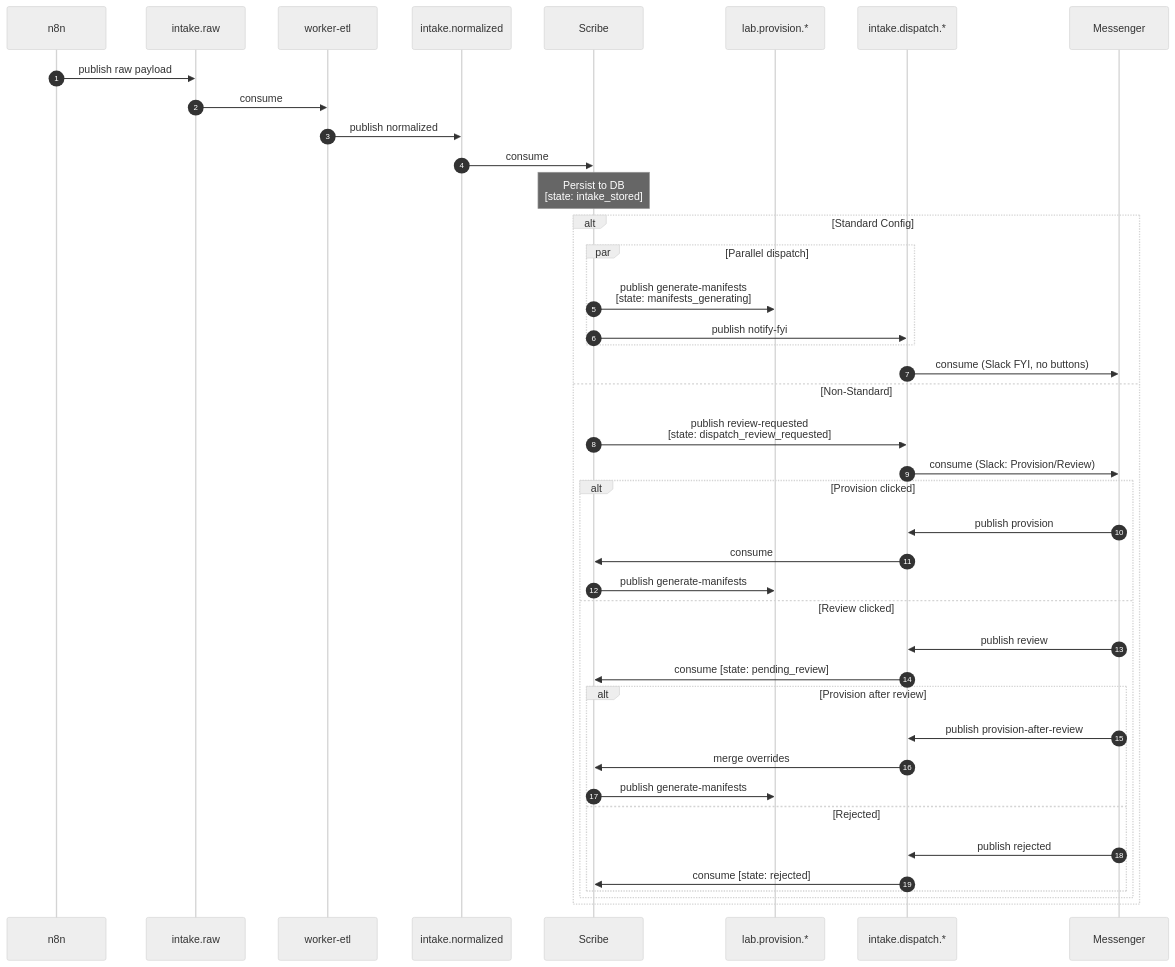
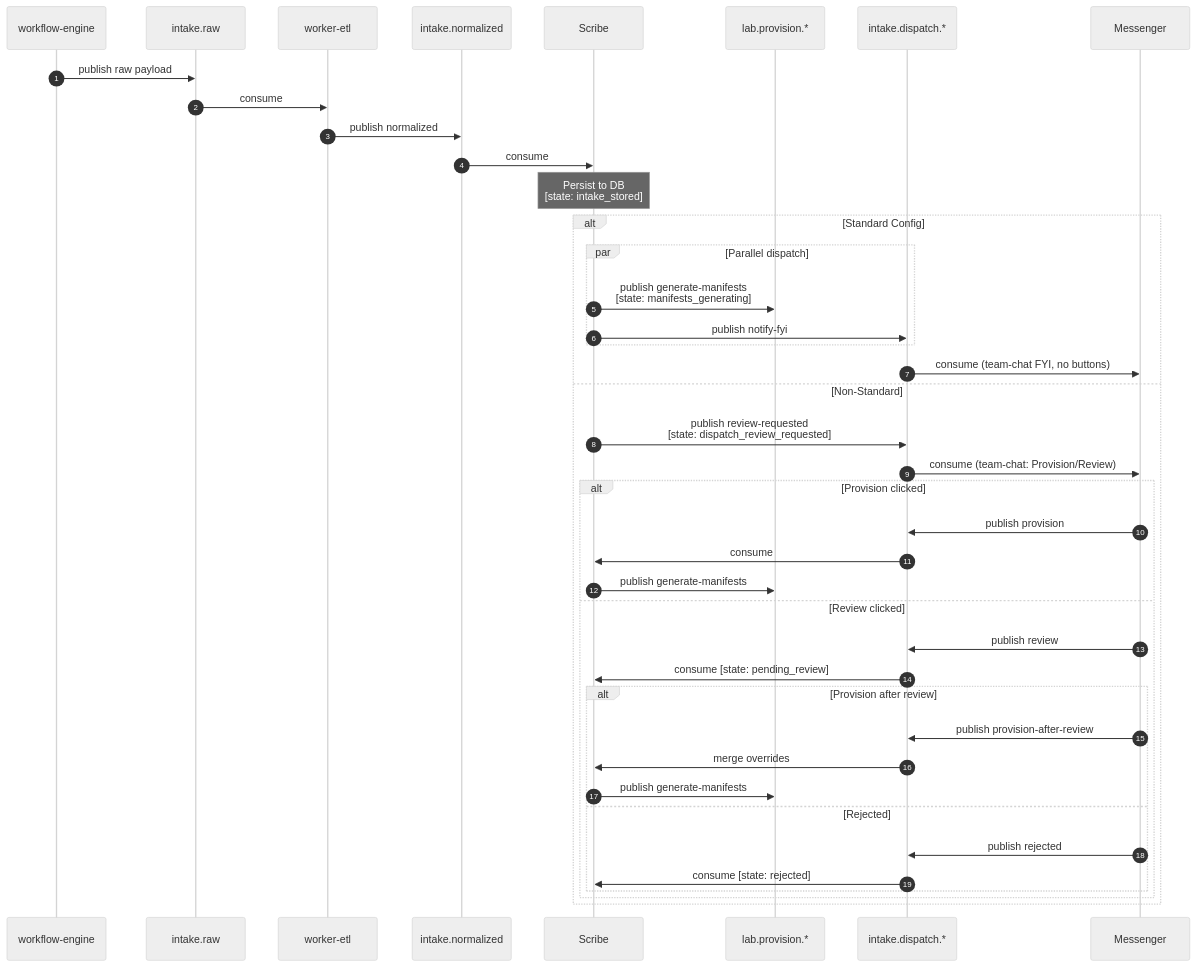
Before and after one commit to redhat-openshift-partner-labs/queue: the third of 7 diagrams in REFERENCE.md, drawn with Mermaid (neutral theme). The commit also changed other lines of this file and 1 other file, not shown here.

````diff
--- a/REFERENCE.md
+++ b/REFERENCE.md
@@ -1468,45 +1468,45 @@
 ```mermaid
 sequenceDiagram
     autonumber
-    participant n8n
+    participant WFE as workflow-engine
     participant Q_RAW as intake.raw
     participant ETL as worker-etl
     participant Q_NORM as intake.normalized
     participant Scribe
     participant Q_PROV as lab.provision.*
     participant Q_DISP as intake.dispatch.*
     participant Messenger
 
-    n8n->>Q_RAW: publish raw payload
+    WFE->>Q_RAW: publish raw payload
     Q_RAW->>ETL: consume
     ETL->>Q_NORM: publish normalized
     Q_NORM->>Scribe: consume
     Note over Scribe: Persist to DB<br/>[state: intake_stored]
 
     alt Standard Config
         par Parallel dispatch
             Scribe->>Q_PROV: publish generate-manifests<br/>[state: manifests_generating]
             Scribe->>Q_DISP: publish notify-fyi
         end
-        Q_DISP->>Messenger: consume (Slack FYI, no buttons)
+        Q_DISP->>Messenger: consume (team-chat FYI, no buttons)
     else Non-Standard
         Scribe->>Q_DISP: publish review-requested<br/>[state: dispatch_review_requested]
-        Q_DISP->>Messenger: consume (Slack: Provision/Review)
+        Q_DISP->>Messenger: consume (team-chat: Provision/Review)
         alt Provision clicked
             Messenger->>Q_DISP: publish provision
             Q_DISP->>Scribe: consume
             Scribe->>Q_PROV: publish generate-manifests
         else Review clicked
             Messenger->>Q_DISP: publish review
             Q_DISP->>Scribe: consume [state: pending_review]
             alt Provision after review
                 Messenger->>Q_DISP: publish provision-after-review
                 Q_DISP->>Scribe: merge overrides
                 Scribe->>Q_PROV: publish generate-manifests
             else Rejected
                 Messenger->>Q_DISP: publish rejected
                 Q_DISP->>Scribe: consume [state: rejected]
             end
         end
     end
 ```
````
